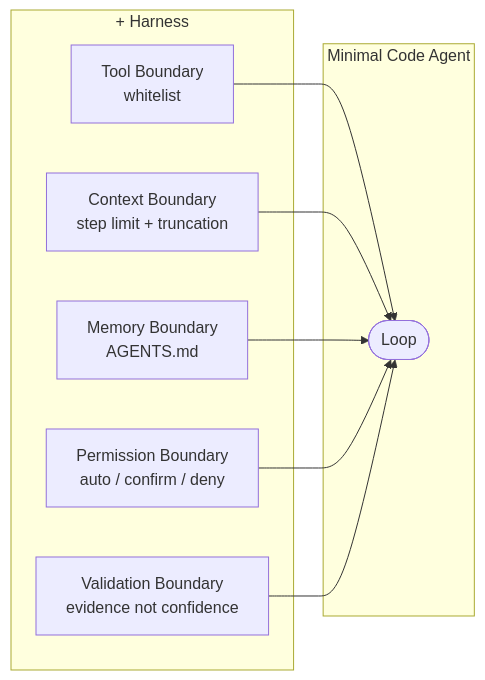
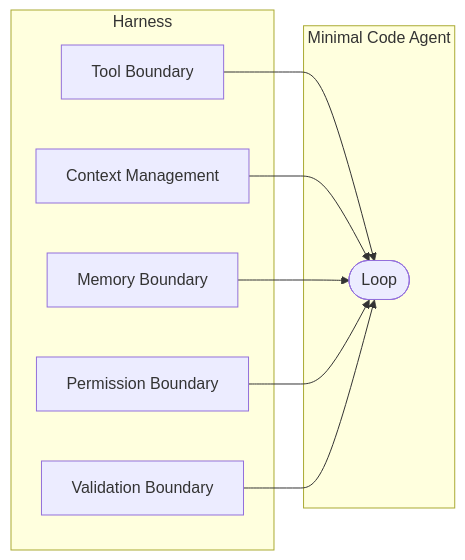
Before and after one commit to xixiaofinland/blog: the third of 3 diagrams in src/ai-minimal-agent.md, drawn with Mermaid. The commit also changed other lines of this file and 3 other files, not shown here.

Commit message:
docs: refine milestones 4-7 with context management, memory, validation, and model sections

````diff
--- a/src/ai-minimal-agent.md
+++ b/src/ai-minimal-agent.md
@@ -442,14 +462,14 @@
 ```mermaid
 flowchart LR
     subgraph Minimal["Minimal Code Agent"]
         L([Loop])
     end
 
-    subgraph Harness["+ Harness"]
-        TB[Tool Boundary\nwhitelist] --> L
-        CB[Context Boundary\nstep limit + truncation] --> L
-        MB[Memory Boundary\nAGENTS.md] --> L
-        PB[Permission Boundary\nauto / confirm / deny] --> L
-        VB[Validation Boundary\nevidence not confidence] --> L
+    subgraph Harness["Harness"]
+        TB[Tool Boundary] --> L
+        CB[Context Management] --> L
+        MB[Memory Boundary] --> L
+        PB[Permission Boundary] --> L
+        VB[Validation Boundary] --> L
     end
 ```
````
